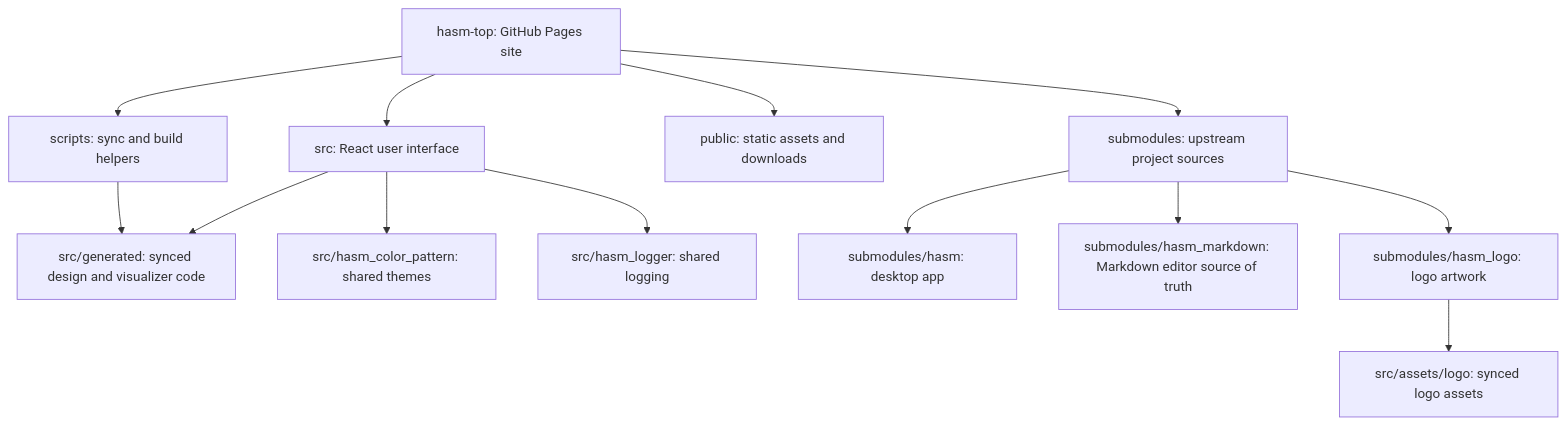
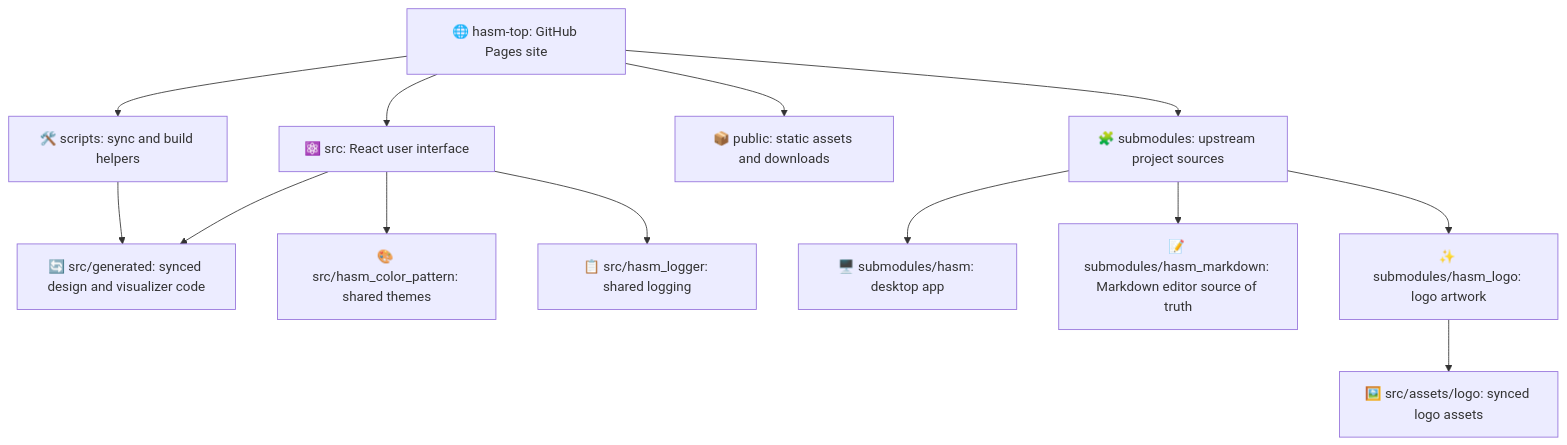
Before and after one commit to HibiyaHaraki/hasm-top: the diagram in README.md, drawn with Mermaid. The commit also changed other lines of this file, not shown here.

````diff
--- a/README.md
+++ b/README.md
@@ -39,15 +39,15 @@
 ```mermaid
 graph TD
-  TOP[hasm-top: GitHub Pages site] --> UI[src: React user interface]
-  TOP --> SCRIPTS[scripts: sync and build helpers]
-  TOP --> PUBLIC[public: static assets and downloads]
-  TOP --> SUBMODULES[submodules: upstream project sources]
-  UI --> GENERATED[src/generated: synced design and visualizer code]
-  UI --> COLORS[src/hasm_color_pattern: shared themes]
-  UI --> LOGGER[src/hasm_logger: shared logging]
-  SUBMODULES --> HASM[submodules/hasm: desktop app]
-  SUBMODULES --> MARKDOWN[submodules/hasm_markdown: Markdown editor source of truth]
-  SUBMODULES --> LOGO[submodules/hasm_logo: logo artwork]
+  TOP[🌐 hasm-top: GitHub Pages site] --> UI[⚛️ src: React user interface]
+  TOP --> SCRIPTS[🛠️ scripts: sync and build helpers]
+  TOP --> PUBLIC[📦 public: static assets and downloads]
+  TOP --> SUBMODULES[🧩 submodules: upstream project sources]
+  UI --> GENERATED[🔄 src/generated: synced design and visualizer code]
+  UI --> COLORS[🎨 src/hasm_color_pattern: shared themes]
+  UI --> LOGGER[📋 src/hasm_logger: shared logging]
+  SUBMODULES --> HASM[🖥️ submodules/hasm: desktop app]
+  SUBMODULES --> MARKDOWN[📝 submodules/hasm_markdown: Markdown editor source of truth]
+  SUBMODULES --> LOGO[✨ submodules/hasm_logo: logo artwork]
   SCRIPTS --> GENERATED
-  LOGO --> ASSETS[src/assets/logo: synced logo assets]
+  LOGO --> ASSETS[🖼️ src/assets/logo: synced logo assets]
 ```
````
